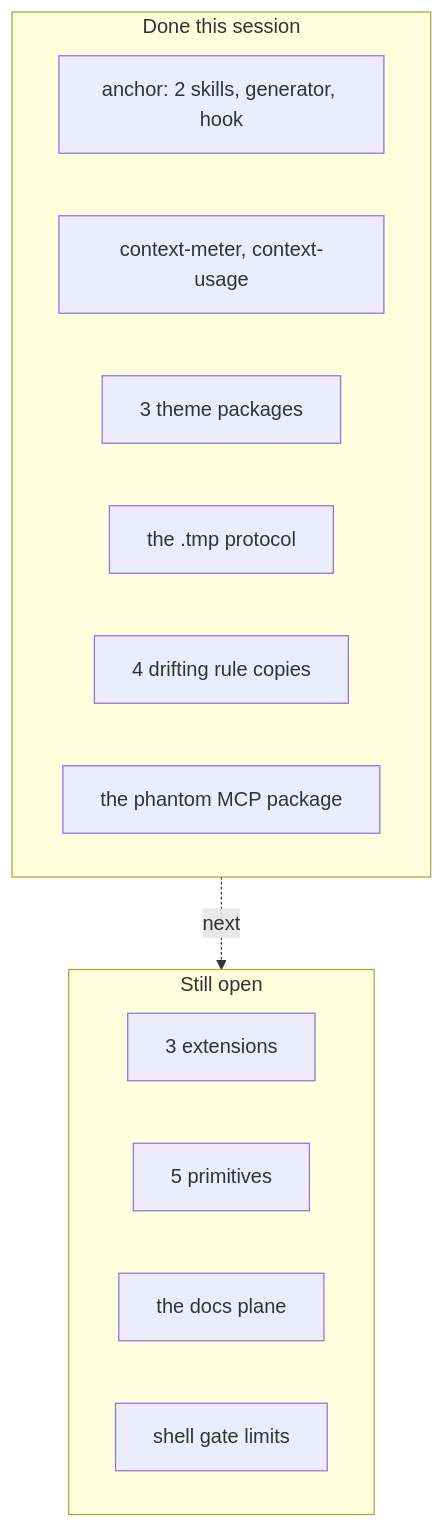
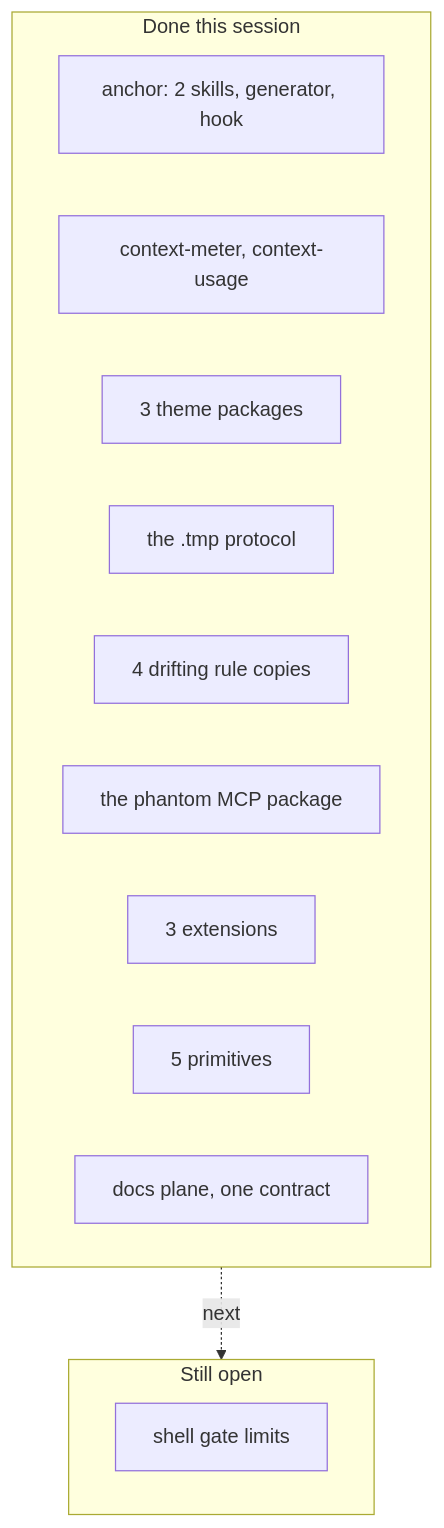
The fifth of 5 diagrams in agent/harness-map.md (sub0xdai/n0x-pi), drawn with Mermaid before and after one commit. The commit also changed other lines of this file and 24 other files, not shown here.

First line of the commit message:
refactor(harness): finish the cuts, one contract instead of a second map

````diff
--- a/agent/harness-map.md
+++ b/agent/harness-map.md
@@ -155,18 +155,18 @@
 ```mermaid
 flowchart TB
     subgraph D["Done this session"]
         D1["anchor: 2 skills, generator, hook"]
         D2["context-meter, context-usage"]
         D3["3 theme packages"]
         D4["the .tmp protocol"]
         D5["4 drifting rule copies"]
         D6["the phantom MCP package"]
+        D7["3 extensions"]
+        D8["5 primitives"]
+        D9["docs plane, one contract"]
     end
     subgraph O["Still open"]
-        O2["3 extensions"]
-        O3["5 primitives"]
-        O4["the docs plane"]
-        O5["shell gate limits"]
+        O1["shell gate limits"]
     end
     D -.->|"next"| O
 ```
````
